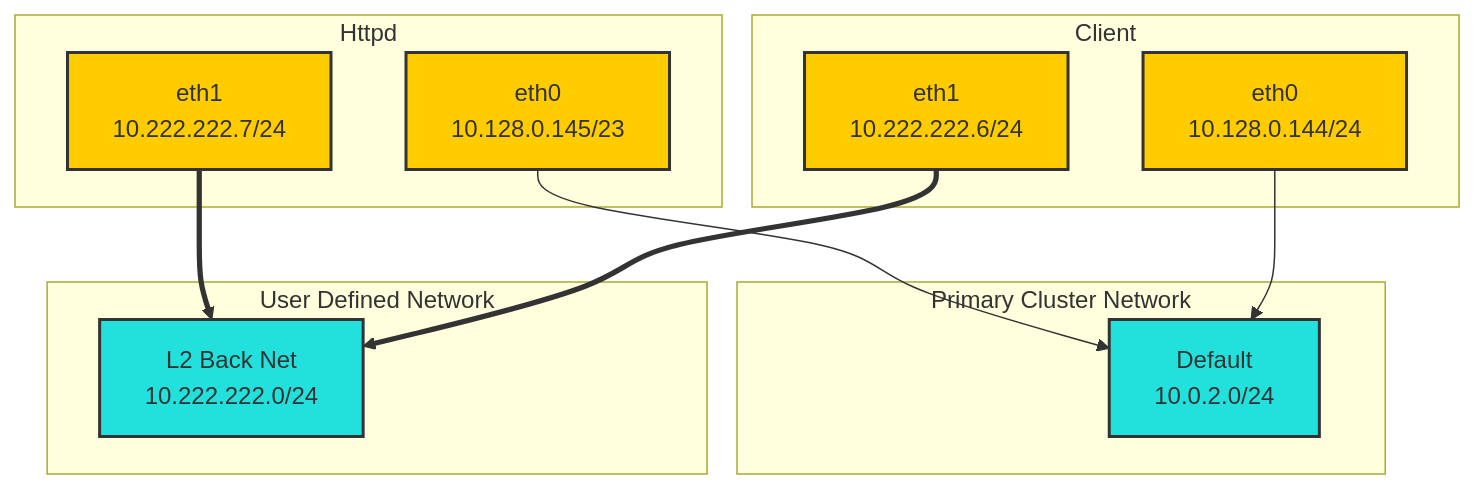
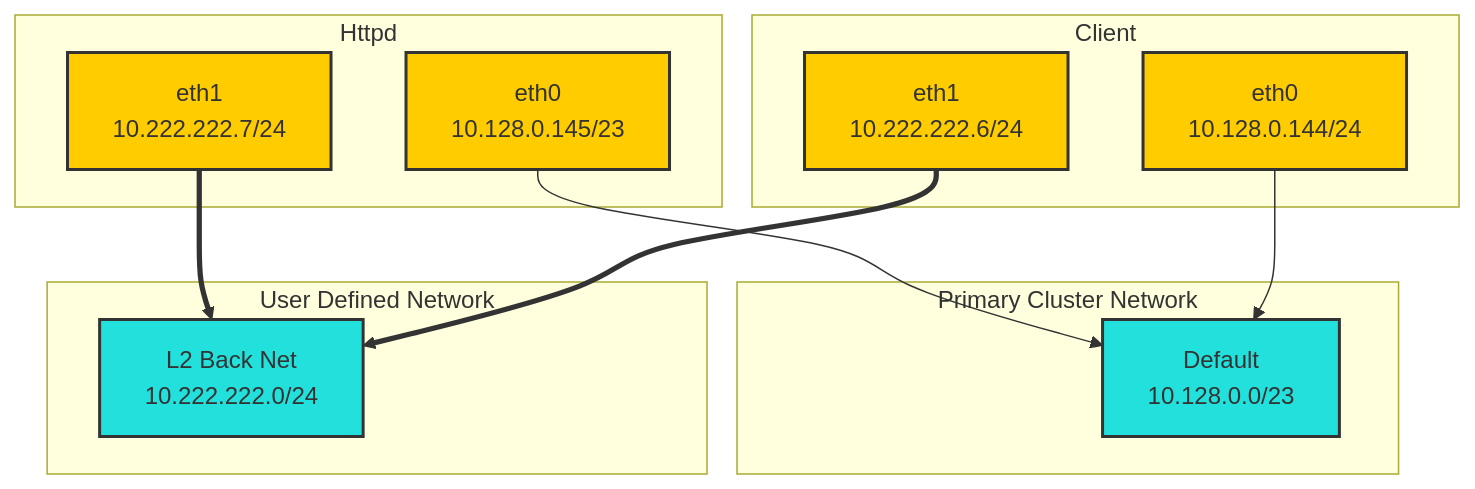
Before and after one commit to dlbewley/demo-virt: the diagram in demos/udn/readme.md, drawn with Mermaid.

Commit message:
fix default net cidr

````diff
--- a/demos/udn/readme.md
+++ b/demos/udn/readme.md
@@ -41,29 +41,29 @@
 ```mermaid
 graph TD;
     classDef interface fill:#ffcc00,stroke:#333,stroke-width:2px;
     classDef network fill:#0ddd,stroke:#333,stroke-width:2px;
     classDef neighbor fill:#ffeb99,stroke:#333,stroke-width:2px;
 
     subgraph Cluster ["Primary Cluster Network"]
-        net-pod[Default<br> 10.0.2.0/24]:::network;
+        net-pod[Default<br> 10.128.0.0/23]:::network;
         %% net-pod --(NAT)--> internet %%
     end
 
     subgraph Networks["User Defined Network"]
         net-right[L2 Back Net<br> 10.222.222.0/24]:::network;
     end
 
     subgraph Httpd
         server-left-eth0[eth0<br>10.128.0.145/23]:::interface;
         server-left-eth0 --> net-pod
         server-left-eth1[eth1<br>10.222.222.7/24]:::interface;
         server-left-eth1 ==> net-right
     end
 
     subgraph Client
         server-right-eth0[eth0<br>10.128.0.144/24]:::interface;
         server-right-eth0 --> net-pod
         server-right-eth1[eth1<br>10.222.222.6/24]:::interface;
         server-right-eth1 ==> net-right
     end
 ```
````
